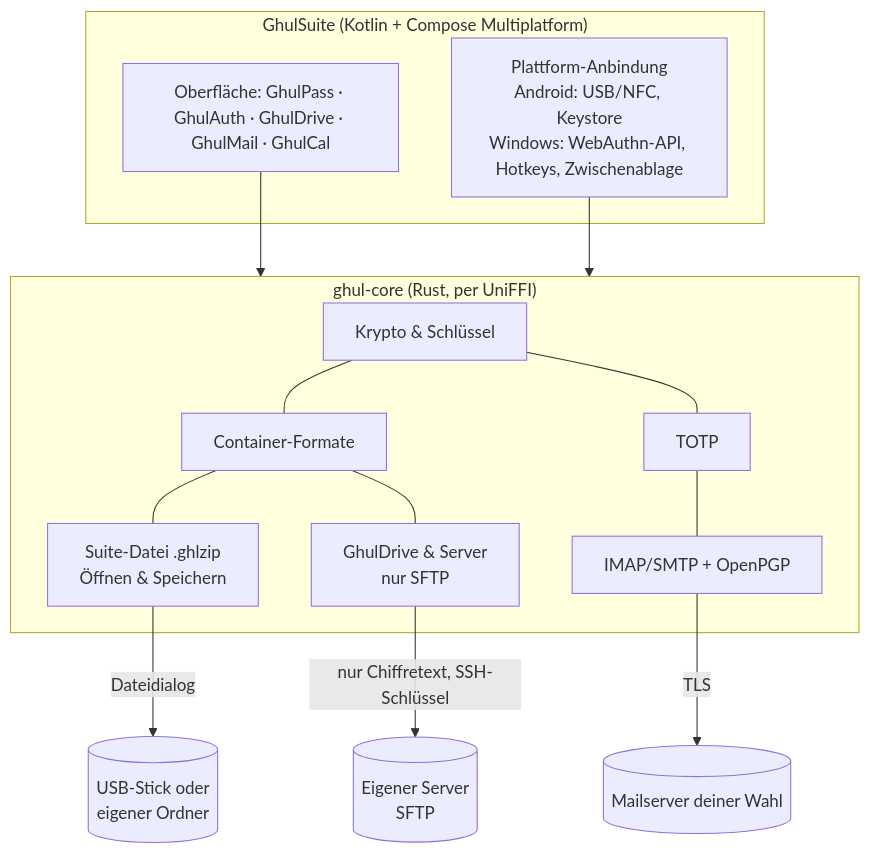
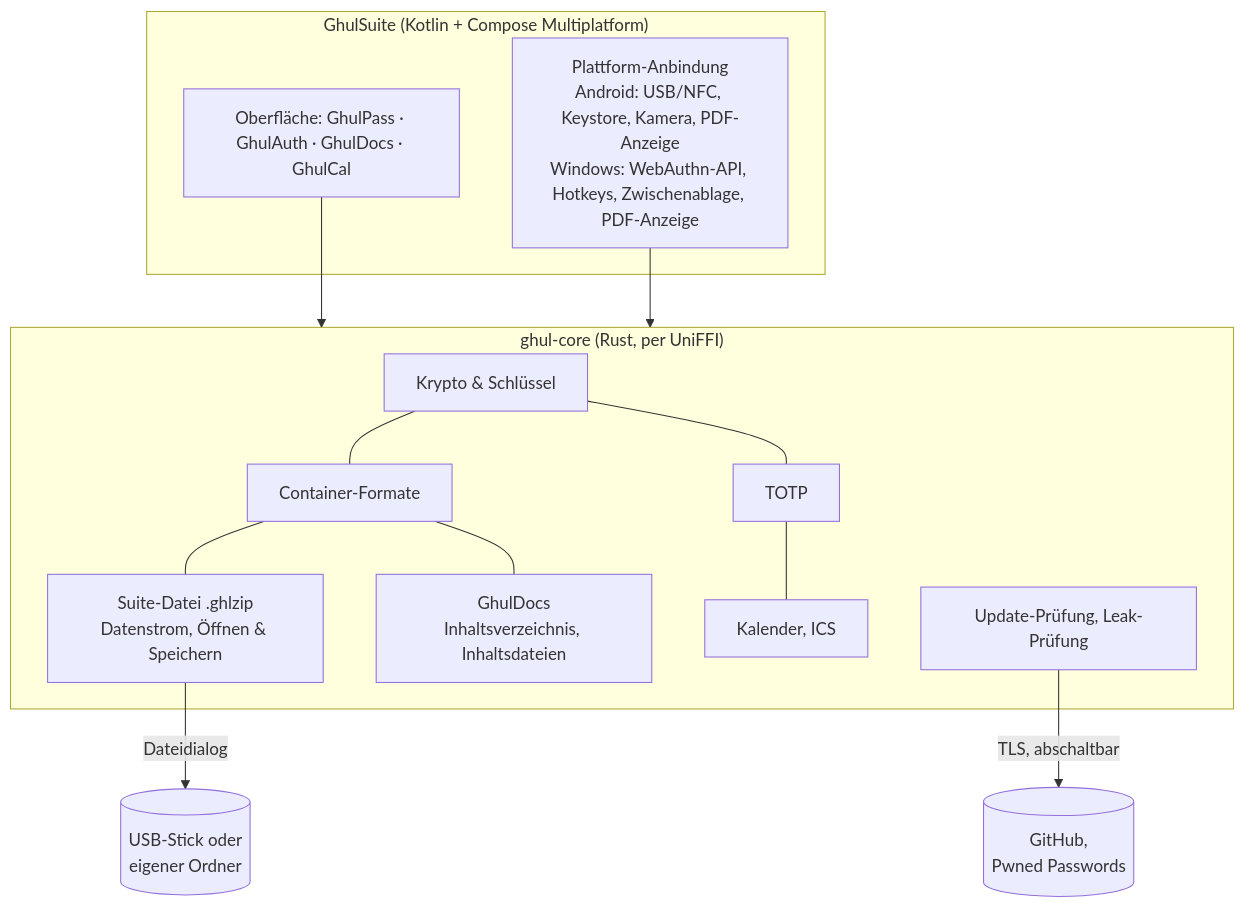
Before and after one commit to ghulaschsuppe/GhulSuite: the first of 2 diagrams in docs/KONZEPT.md, drawn with Mermaid. The commit also changed other lines of this file, not shown here.

First line of the commit message:
Concept: an offline app with GhulDocs and scanning

````diff
--- a/docs/KONZEPT.md
+++ b/docs/KONZEPT.md
@@ -82,18 +84,18 @@
 ```mermaid
 flowchart TB
   subgraph App["GhulSuite (Kotlin + Compose Multiplatform)"]
-    UI[Oberfläche: GhulPass · GhulAuth · GhulDrive · GhulMail · GhulCal]
-    PF[Plattform-Anbindung<br/>Android: USB/NFC, Keystore<br/>Windows: WebAuthn-API, Hotkeys, Zwischenablage]
+    UI[Oberfläche: GhulPass · GhulAuth · GhulDocs · GhulCal]
+    PF[Plattform-Anbindung<br/>Android: USB/NFC, Keystore, Kamera, PDF-Anzeige<br/>Windows: WebAuthn-API, Hotkeys, Zwischenablage, PDF-Anzeige]
   end
   subgraph Core["ghul-core (Rust, per UniFFI)"]
     C1[Krypto & Schlüssel] --- C2[Container-Formate]
-    C2 --- C3[Suite-Datei .ghlzip<br/>Öffnen & Speichern]
-    C2 --- C4[GhulDrive & Server<br/>nur SFTP]
-    C1 --- C5[TOTP] --- C6[IMAP/SMTP + OpenPGP]
+    C2 --- C3[Suite-Datei .ghlzip<br/>Datenstrom, Öffnen & Speichern]
+    C2 --- C4[GhulDocs<br/>Inhaltsverzeichnis, Inhaltsdateien]
+    C1 --- C5[TOTP] --- C6[Kalender, ICS]
+    C7[Update-Prüfung, Leak-Prüfung]
   end
   UI --> Core
   PF --> Core
   C3 -- "Dateidialog" --> F[(USB-Stick oder<br/>eigener Ordner)]
-  C4 -- "nur Chiffretext, SSH-Schlüssel" --> S1[(Eigener Server<br/>SFTP)]
-  C6 -- "TLS" --> M[(Mailserver deiner Wahl)]
+  C7 -- "TLS, abschaltbar" --> N[(GitHub,<br/>Pwned Passwords)]
 ```
````
